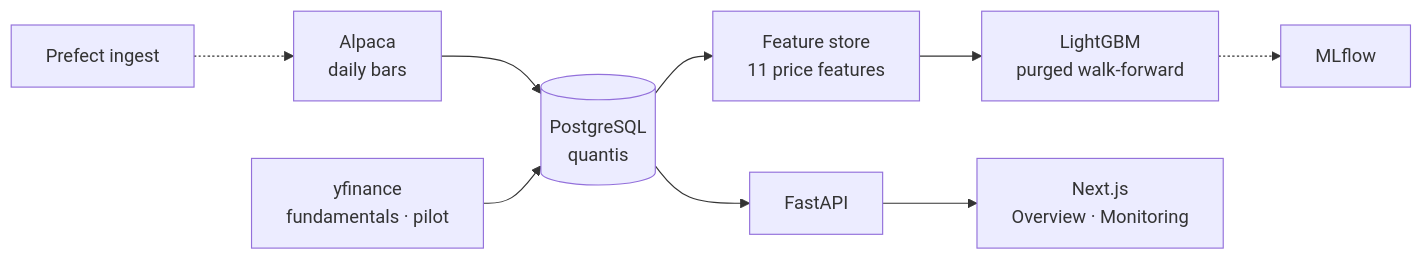
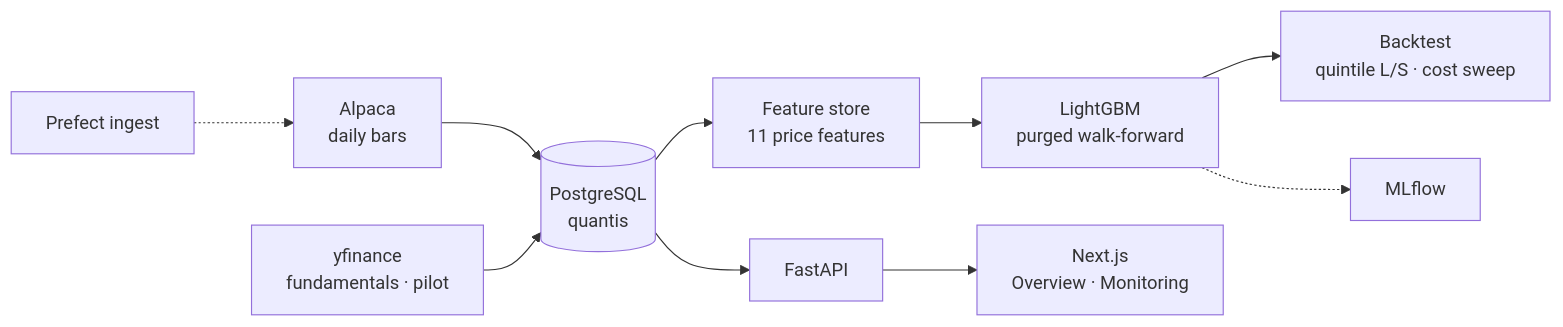
One commit to nishantnayar/trading-public changed the diagram in README.md. Above: the diagram before and after it, drawn with Mermaid. The commit also changed other lines of this file and 37 other files, not shown here.

````diff
--- a/README.md
+++ b/README.md
@@ -54,11 +64,12 @@
 ```mermaid
 flowchart LR
     A[Alpaca<br/>daily bars] --> B[(PostgreSQL<br/>quantis)]
     F[yfinance<br/>fundamentals · pilot] --> B
     B --> C[Feature store<br/>11 price features]
     C --> D[LightGBM<br/>purged walk-forward]
+    D --> BT[Backtest<br/>quintile L/S · cost sweep]
     D -.-> M[MLflow]
     P[Prefect ingest] -.-> A
     B --> API[FastAPI]
     API --> S[Next.js<br/>Overview · Monitoring]
 ```
````
